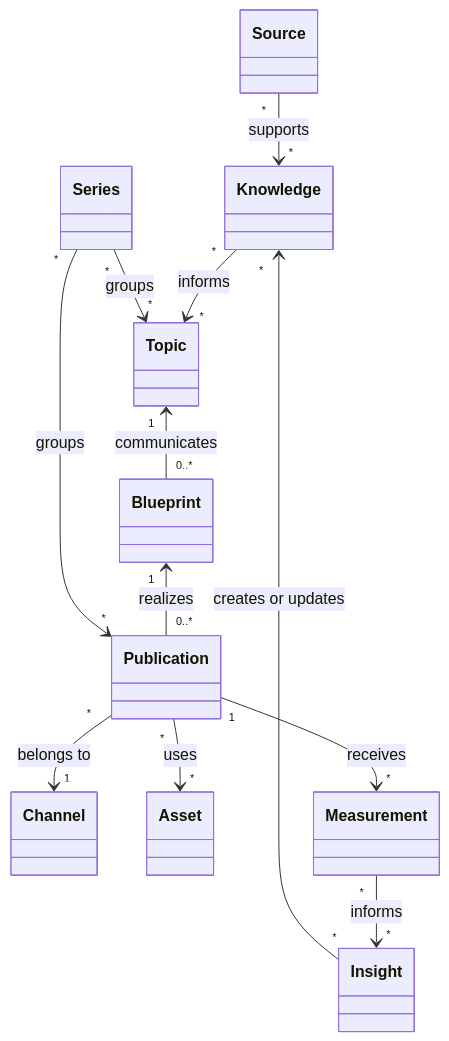
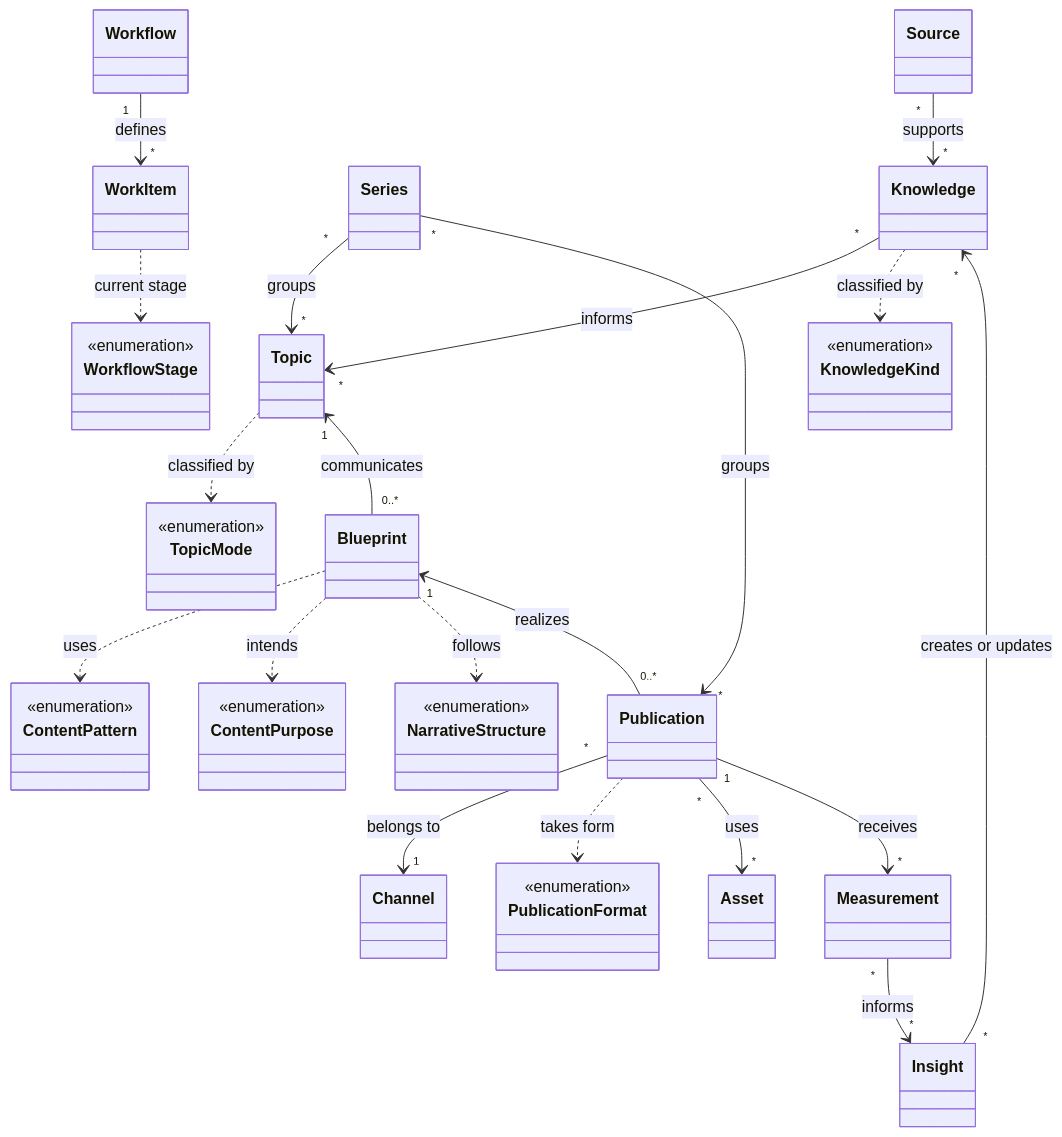
Before and after one commit to Hunt4Bugs/danielhunt.dev: the diagram in docs/100_brand/ONTOLOGY.md, drawn with Mermaid. The commit also changed other lines of this file, not shown here.

Commit message:
docs: define content taxonomies

````diff
--- a/docs/100_brand/ONTOLOGY.md
+++ b/docs/100_brand/ONTOLOGY.md
@@ -67,25 +97,56 @@
 ```mermaid
 classDiagram
     class Knowledge
     class Source
     class Topic
     class Blueprint
     class Publication
     class Channel
     class Asset
     class Measurement
     class Insight
     class Series
+    class KnowledgeKind {
+        <<enumeration>>
+    }
+    class TopicMode {
+        <<enumeration>>
+    }
+    class ContentPattern {
+        <<enumeration>>
+    }
+    class ContentPurpose {
+        <<enumeration>>
+    }
+    class NarrativeStructure {
+        <<enumeration>>
+    }
+    class PublicationFormat {
+        <<enumeration>>
+    }
+    class WorkflowStage {
+        <<enumeration>>
+    }
+    class Workflow
+    class WorkItem
 
     Source "*" --> "*" Knowledge : supports
     Knowledge "*" --> "*" Topic : informs
+    Knowledge ..> KnowledgeKind : classified by
+    Topic ..> TopicMode : classified by
     Topic "1" <-- "0..*" Blueprint : communicates
+    Blueprint ..> ContentPattern : uses
+    Blueprint ..> ContentPurpose : intends
+    Blueprint ..> NarrativeStructure : follows
     Blueprint "1" <-- "0..*" Publication : realizes
     Publication "*" --> "1" Channel : belongs to
+    Publication ..> PublicationFormat : takes form
     Publication "*" --> "*" Asset : uses
+    Workflow "1" --> "*" WorkItem : defines
+    WorkItem ..> WorkflowStage : current stage
     Publication "1" --> "*" Measurement : receives
     Measurement "*" --> "*" Insight : informs
     Insight "*" --> "*" Knowledge : creates or updates
     Series "*" --> "*" Topic : groups
     Series "*" --> "*" Publication : groups
 ```
````
